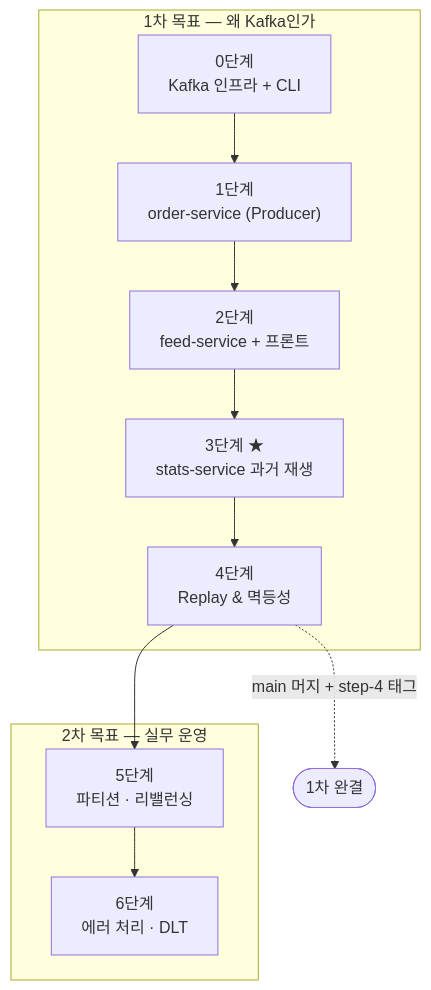
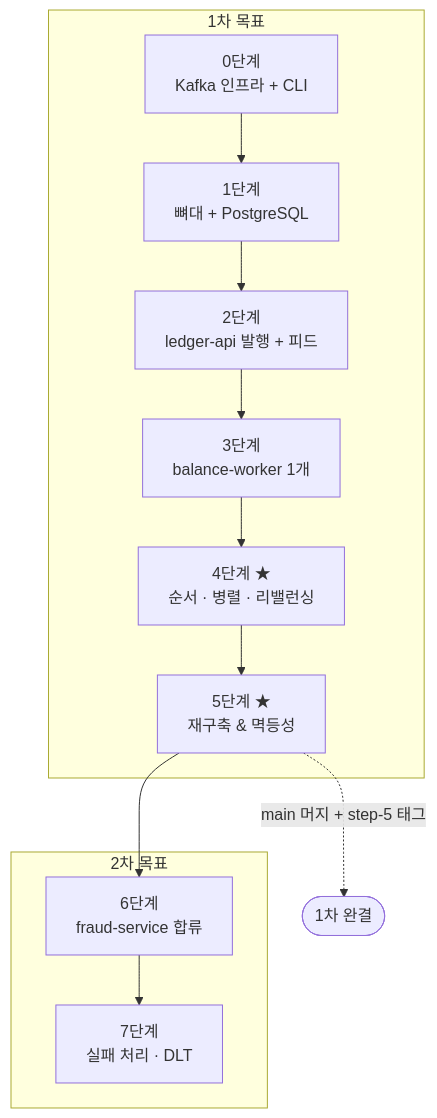
The diagram in docs/planning/04-roadmap.md (ytw9699/kafka_study), drawn with Mermaid before and after one commit. The commit also changed other lines of this file and 20 other files, not shown here.

````diff
--- a/docs/planning/04-roadmap.md
+++ b/docs/planning/04-roadmap.md
@@ -14,18 +15,19 @@
 ```mermaid
 flowchart TB
-    subgraph P1["1차 목표 — 왜 Kafka인가"]
+    subgraph P1["1차 목표"]
         S0["0단계<br/>Kafka 인프라 + CLI"]
-        S1["1단계<br/>order-service (Producer)"]
-        S2["2단계<br/>feed-service + 프론트"]
-        S3["3단계 ★<br/>stats-service 과거 재생"]
-        S4["4단계<br/>Replay & 멱등성"]
-        S0 --> S1 --> S2 --> S3 --> S4
+        S1["1단계<br/>뼈대 + PostgreSQL"]
+        S2["2단계<br/>ledger-api 발행 + 피드"]
+        S3["3단계<br/>balance-worker 1개"]
+        S4["4단계 ★<br/>순서 · 병렬 · 리밸런싱"]
+        S5["5단계 ★<br/>재구축 & 멱등성"]
+        S0 --> S1 --> S2 --> S3 --> S4 --> S5
     end
-    subgraph P2["2차 목표 — 실무 운영"]
-        S5["5단계<br/>파티션 · 리밸런싱"]
-        S6["6단계<br/>에러 처리 · DLT"]
-        S5 --> S6
+    subgraph P2["2차 목표"]
+        S6["6단계<br/>fraud-service 합류"]
+        S7["7단계<br/>실패 처리 · DLT"]
+        S6 --> S7
     end
-    S4 --> S5
-    S4 -.->|"main 머지 + step-4 태그"| DONE(["1차 완결"])
+    S5 --> S6
+    S5 -.->|"main 머지 + step-5 태그"| DONE(["1차 완결"])
 ```
````
